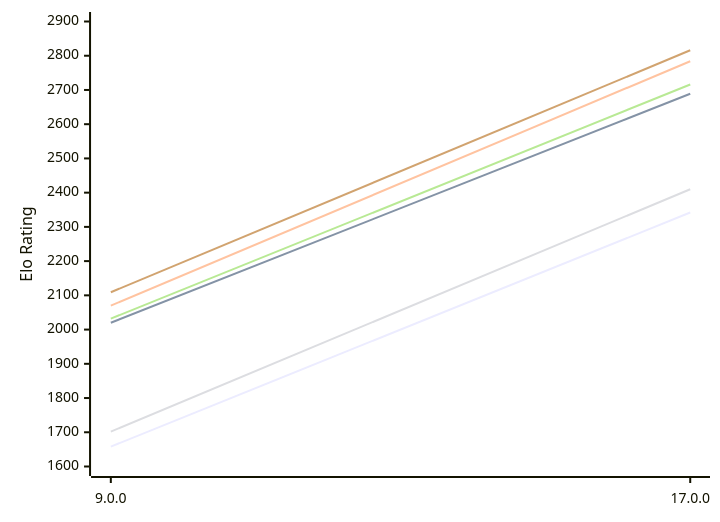
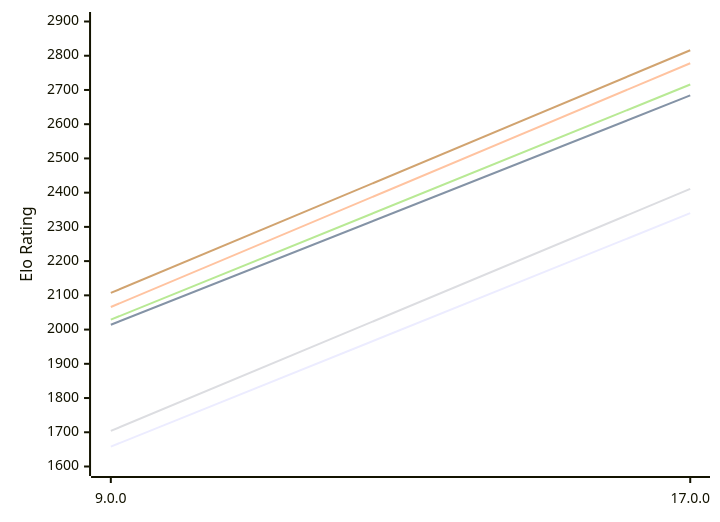
One commit to computer-chess-index/cci changed the first of 2 diagrams in engines/Cepimetheus.md. Above: the diagram before and after it, drawn with Mermaid. The commit also changed other lines of this file, not shown here.

Commit message:
Update CCI Ratings (ELO VLTC) - 2026-11-09

````diff
--- a/engines/Cepimetheus.md
+++ b/engines/Cepimetheus.md
@@ -62,12 +62,12 @@
 ```mermaid
 %%{init: {"theme":"base","themeVariables":{"seriesColors:['#a3a3a3','#222221','#faa371']}}}%%
 xychart-beta
   x-axis ["9.0.0", "17.0.0"]
   y-axis "Elo Rating" 1600 --> 2900
-  line "E1: STC (8.0+0.08s)" [1658, 2342]
-  line "E1: LTC (60.0+0.60s)" [2020, 2689]
-  line "E1: VLTC (2m24s+1.12s)" [2070, 2784]
-  line "P1: STC (8.0+0.08s)" [1702, 2410]
-  line "P1: LTC (60.0+0.60s)" [2032, 2716]
-  line "P1: VLTC (2m24s+1.12s)" [2109, 2816]
+  line "E1: STC (8.0+0.08s)" [1658, 2340]
+  line "E1: LTC (60.0+0.60s)" [2014, 2684]
+  line "E1: VLTC (2m24s+1.12s)" [2066, 2778]
+  line "P1: STC (8.0+0.08s)" [1704, 2411]
+  line "P1: LTC (60.0+0.60s)" [2029, 2716]
+  line "P1: VLTC (2m24s+1.12s)" [2107, 2816]
 ```
````
